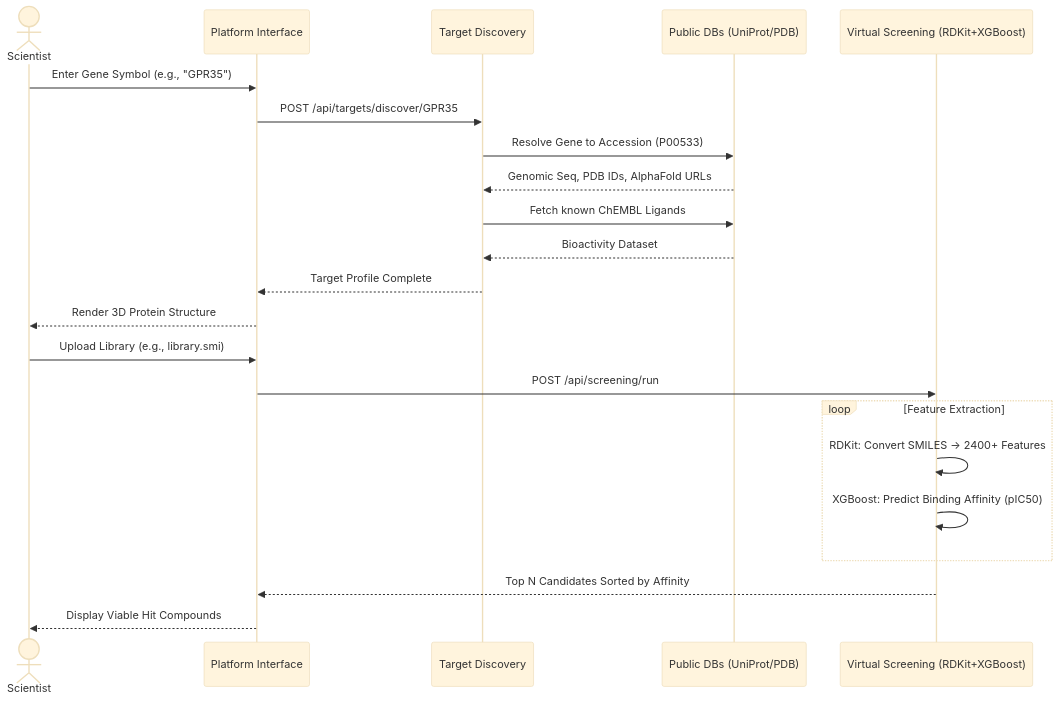
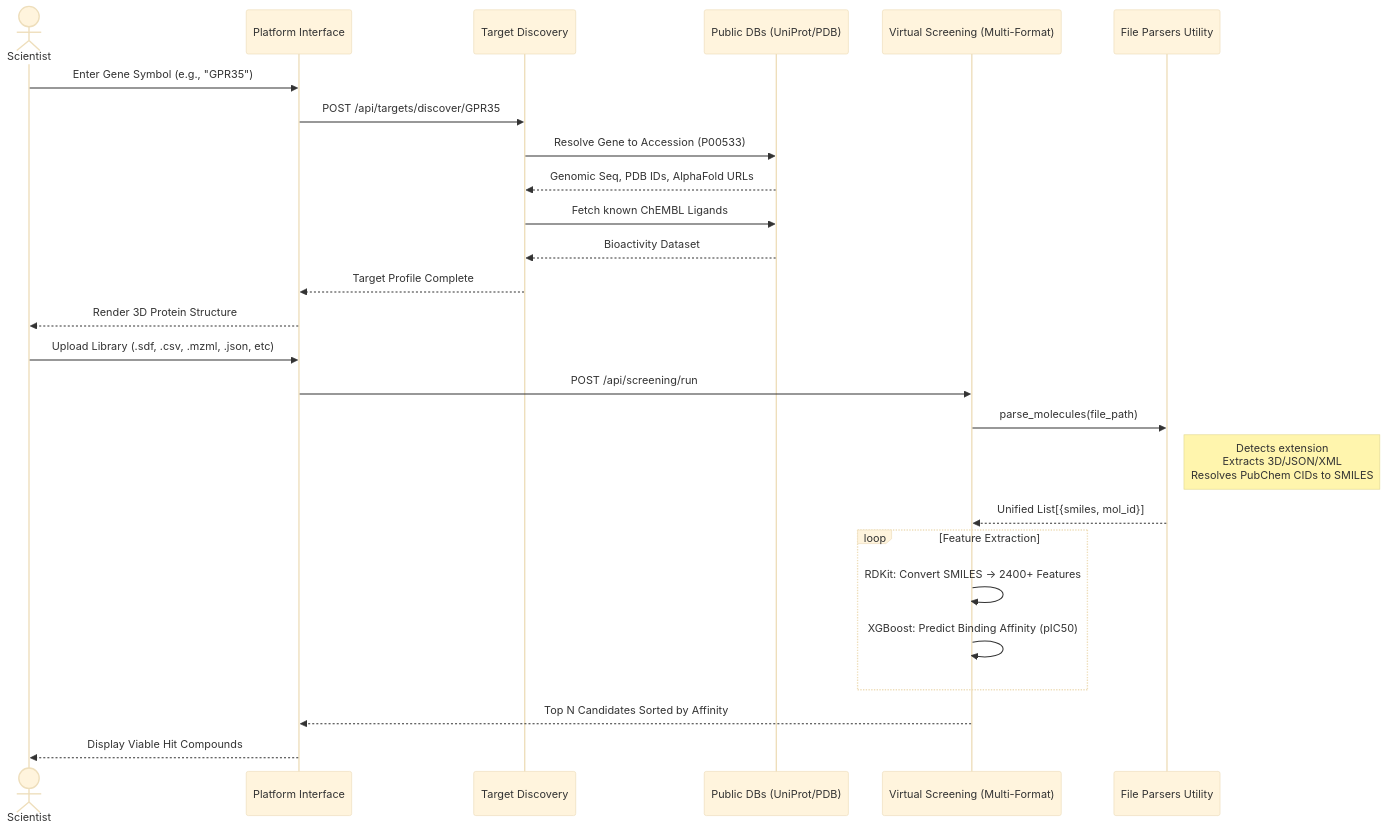
Before and after one commit to RaJM2004/BiologicsDiscoveryPlatfrom: the second of 2 diagrams in README.md, drawn with Mermaid (base theme). The commit also changed other lines of this file and 38 other files, not shown here.

Commit message:
feat: Add multi-format hit screening support (.sdf, .mol2, .csv, LCMS, BioAssay JSON)

````diff
--- a/README.md
+++ b/README.md
@@ -70,26 +70,31 @@
 ```mermaid
 sequenceDiagram
     actor Scientist
     participant UI as Platform Interface
     participant TD as Target Discovery
     participant Ext as Public DBs (UniProt/PDB)
-    participant VS as Virtual Screening (RDKit+XGBoost)
+    participant VS as Virtual Screening (Multi-Format)
+    participant Parser as File Parsers Utility
 
     Scientist->>UI: Enter Gene Symbol (e.g., "GPR35")
     UI->>TD: POST /api/targets/discover/GPR35
     TD->>Ext: Resolve Gene to Accession (P00533)
     Ext-->>TD: Genomic Seq, PDB IDs, AlphaFold URLs
     TD->>Ext: Fetch known ChEMBL Ligands
     Ext-->>TD: Bioactivity Dataset
     TD-->>UI: Target Profile Complete
     UI-->>Scientist: Render 3D Protein Structure
 
-    Scientist->>UI: Upload Library (e.g., library.smi)
+    Scientist->>UI: Upload Library (.sdf, .csv, .mzml, .json, etc)
     UI->>VS: POST /api/screening/run
+    VS->>Parser: parse_molecules(file_path)
+    Note right of Parser: Detects extension<br/>Extracts 3D/JSON/XML<br/>Resolves PubChem CIDs to SMILES
+    Parser-->>VS: Unified List[{smiles, mol_id}]
+    
     loop Feature Extraction
         VS->>VS: RDKit: Convert SMILES -> 2400+ Features
         VS->>VS: XGBoost: Predict Binding Affinity (pIC50)
     end
     VS-->>UI: Top N Candidates Sorted by Affinity
     UI-->>Scientist: Display Viable Hit Compounds
 ```
````
